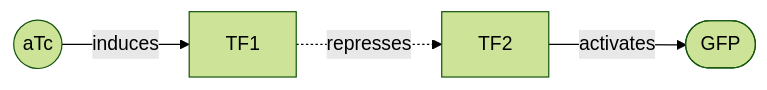
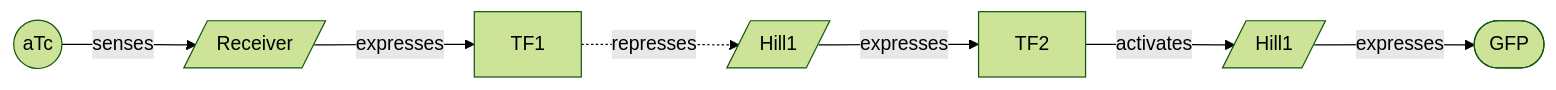
Before and after one commit to marpaia/quiver: the first of 3 diagrams in README.md, drawn with Mermaid (forest theme). The commit also changed other lines of this file and 8 other files, not shown here.

````diff
--- a/README.md
+++ b/README.md
@@ -111,6 +114,9 @@
 ```mermaid
 flowchart LR
-  aTc((aTc)) -- induces --> TF1
-  TF1 -. represses .-> TF2
-  TF2 -- activates --> GFP([GFP])
+  aTc((aTc)) -- senses --> Rc[/Receiver/]
+  Rc -- expresses --> TF1
+  TF1 -. represses .-> P1[/Hill1/]
+  P1 -- expresses --> TF2
+  TF2 -- activates --> P2[/Hill1/]
+  P2 -- expresses --> GFP([GFP])
 ```
````
